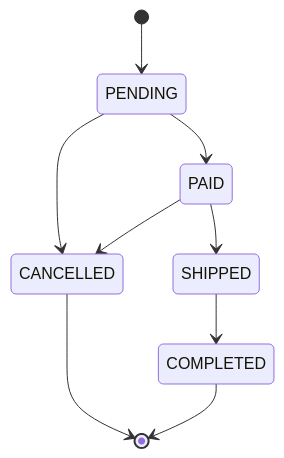
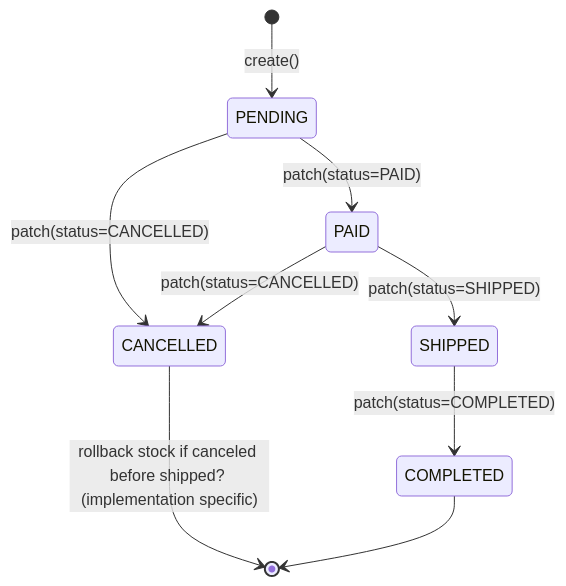
Before and after one commit to IkrtI/oop-typescript-final-project-2026: the seventh of 7 diagrams in docs/uml-diagrams.md, drawn with Mermaid. The commit also changed other lines of this file and 35 other files, not shown here.

````diff
--- a/docs/uml-diagrams.md
+++ b/docs/uml-diagrams.md
@@ -515,11 +376,15 @@
 ```mermaid
 stateDiagram-v2
-    [*] --> PENDING
-    PENDING --> PAID
-    PENDING --> CANCELLED
-    PAID --> SHIPPED
-    PAID --> CANCELLED
-    SHIPPED --> COMPLETED
-    CANCELLED --> [*]
+    [*] --> PENDING : create()
+    
+    PENDING --> PAID : patch(status=PAID)
+    PENDING --> CANCELLED : patch(status=CANCELLED)
+    
+    PAID --> SHIPPED : patch(status=SHIPPED)
+    PAID --> CANCELLED : patch(status=CANCELLED)
+    
+    SHIPPED --> COMPLETED : patch(status=COMPLETED)
+    
+    CANCELLED --> [*] : rollback stock if canceled before shipped? (implementation specific)
     COMPLETED --> [*]
 ```
````
